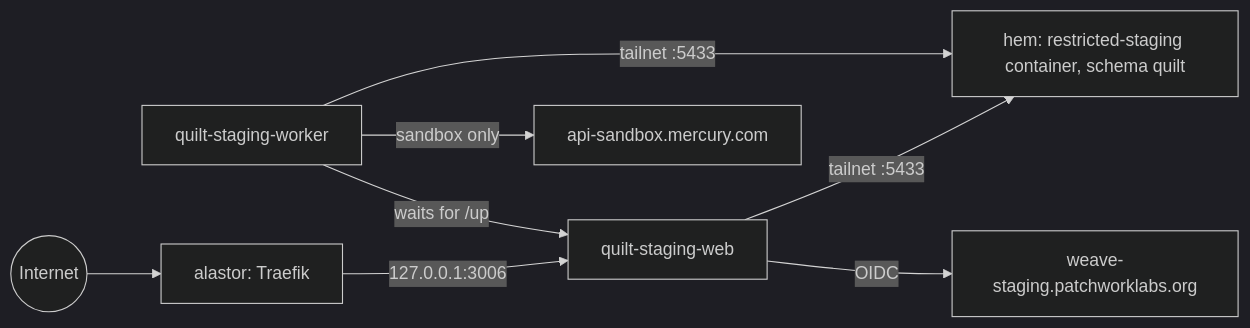
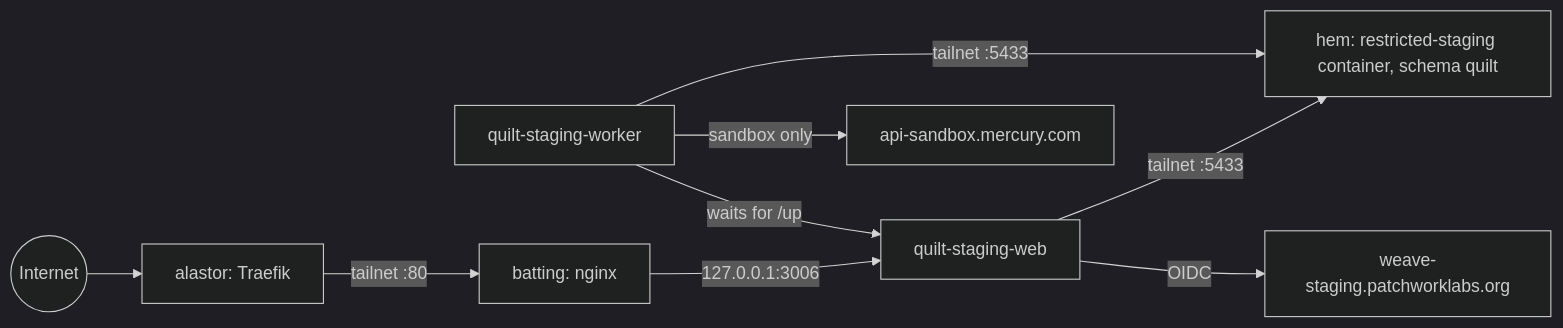
Before and after one commit to patchworklabsorg/infra: the fourth of 4 diagrams in README.md, drawn with Mermaid (dark theme). The commit also changed other lines of this file and 23 other files, not shown here.

Commit message:
feat(quilt): move quilt prod and staging to batting (#55)

````diff
--- a/README.md
+++ b/README.md
@@ -204,10 +205,11 @@
 ```mermaid
 flowchart LR
   internet((Internet)) --> traefik["alastor: Traefik"]
-  traefik -- "127.0.0.1:3006" --> web[quilt-staging-web]
+  traefik -- "tailnet :80" --> nginx["batting: nginx"]
+  nginx -- "127.0.0.1:3006" --> web[quilt-staging-web]
   worker[quilt-staging-worker] -- "waits for /up" --> web
   web -- "tailnet :5433" --> hem["hem: restricted-staging container, schema quilt"]
   worker -- "tailnet :5433" --> hem
   worker -- sandbox only --> mercury["api-sandbox.mercury.com"]
   web -- OIDC --> weave["weave-staging.patchworklabs.org"]
 ```
````
